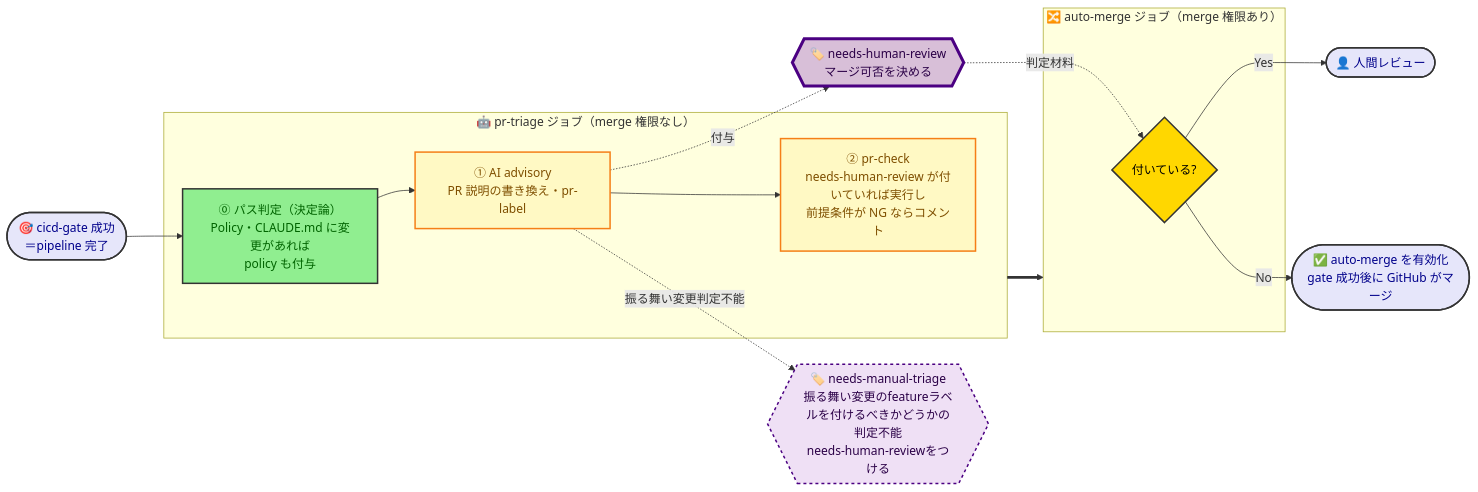
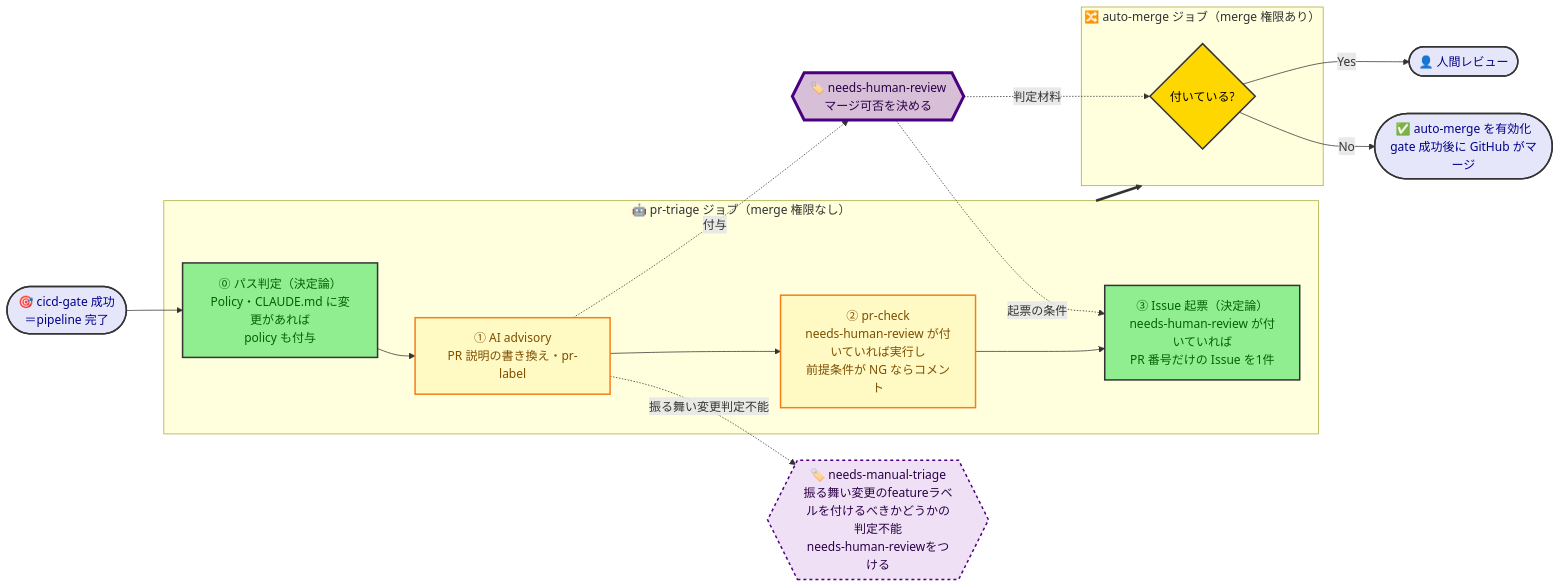
One commit to kasiopeiya/claude-dev-template changed the second of 3 diagrams in docs/design/cicd-design.md. Above: the diagram before and after it, drawn with Mermaid. The commit also changed other lines of this file and 1 other file, not shown here.

Commit message:
ci: prレビューのissue自動起票

````diff
--- a/docs/design/cicd-design.md
+++ b/docs/design/cicd-design.md
@@ -60,43 +60,45 @@
 ```mermaid
 flowchart LR
     Start([🎯 cicd-gate 成功<br/>＝pipeline 完了])
 
     subgraph Triage["🤖 pr-triage ジョブ（merge 権限なし）"]
         Det["⓪ パス判定（決定論）<br/>Policy・CLAUDE.md に変更があれば<br/>policy も付与"]
         Ai["① AI advisory<br/>PR 説明の書き換え・pr-label"]
         Chk["② pr-check<br/>needs-human-review が付いていれば実行し<br/>前提条件が NG ならコメント"]
-        Det --> Ai --> Chk
+        Iss["③ Issue 起票（決定論）<br/>needs-human-review が付いていれば<br/>PR 番号だけの Issue を1件"]
+        Det --> Ai --> Chk --> Iss
     end
 
     Label{{"🏷️ needs-human-review<br/>マージ可否を決める"}}
     Triage2{{"🏷️ needs-manual-triage<br/>振る舞い変更のfeatureラベルを付けるべきかどうかの判定不能<br/>needs-human-reviewをつける"}}
 
     subgraph AutoJob["🔀 auto-merge ジョブ（merge 権限あり）"]
         Judge{付いている?}
     end
 
     Human([👤 人間レビュー])
     Merged([✅ auto-merge を有効化<br/>gate 成功後に GitHub がマージ])
 
     Start --> Det
     Triage ==> AutoJob
     Ai -. 付与 .-> Label
     Ai -. 振る舞い変更判定不能 .-> Triage2
     Label -. 判定材料 .-> Judge
+    Label -. 起票の条件 .-> Iss
     Judge -->|Yes| Human
     Judge -->|No| Merged
 
     classDef startEnd fill:#E6E6FA,stroke:#333,stroke-width:2px,color:darkblue
     classDef process fill:#90EE90,stroke:#333,stroke-width:2px,color:darkgreen
     classDef decision fill:#FFD700,stroke:#333,stroke-width:2px,color:black
     classDef advisory fill:#FFF9C4,stroke:#F57F17,stroke-width:2px,color:#7f4f00
     classDef state fill:#D8BFD8,stroke:#4B0082,stroke-width:4px,color:#2b0047
     classDef substate fill:#EFE0F5,stroke:#4B0082,stroke-width:2px,stroke-dasharray: 4 4,color:#2b0047
 
     class Start,Human,Merged startEnd
-    class Det process
+    class Det,Iss process
     class Ai,Chk advisory
     class Judge decision
     class Label state
     class Triage2 substate
 ```
````
